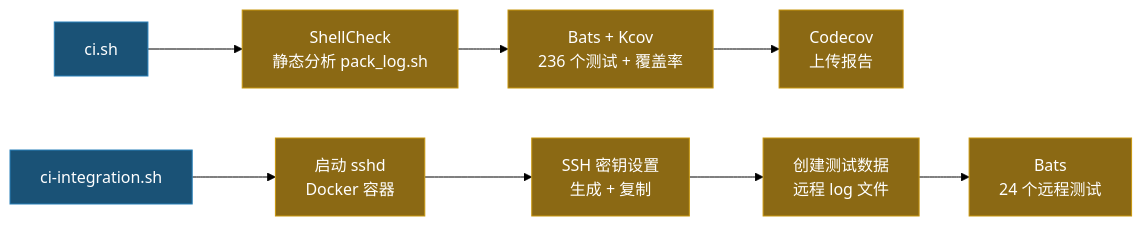
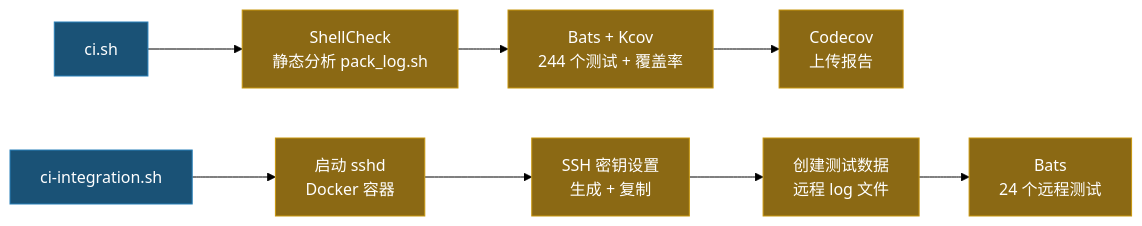
Before and after one commit to ycpss91255/pack_log: the second of 2 diagrams in doc/README.zh-CN.md, drawn with Mermaid (forest theme). The commit also changed other lines of this file and 4 other files, not shown here.

````diff
--- a/doc/README.zh-CN.md
+++ b/doc/README.zh-CN.md
@@ -198,14 +201,14 @@
 ```mermaid
 graph LR
     S["ci.sh"]:::entry --> SC["ShellCheck\n静态分析 pack_log.sh"]:::step
-    SC --> BT["Bats + Kcov\n236 个测试 + 覆盖率"]:::step
+    SC --> BT["Bats + Kcov\n244 个测试 + 覆盖率"]:::step
     BT --> CC["Codecov\n上传报告"]:::step
 
     S2["ci-integration.sh"]:::entry --> SSHD["启动 sshd\nDocker 容器"]:::step
     SSHD --> KEY["SSH 密钥设置\n生成 + 复制"]:::step
     KEY --> DATA["创建测试数据\n远程 log 文件"]:::step
     DATA --> IT["Bats\n24 个远程测试"]:::step
 
     classDef entry fill:#1a5276,color:#fff,stroke:#2980b9
     classDef step fill:#8B6914,color:#fff,stroke:#c8960c
 ```
````
